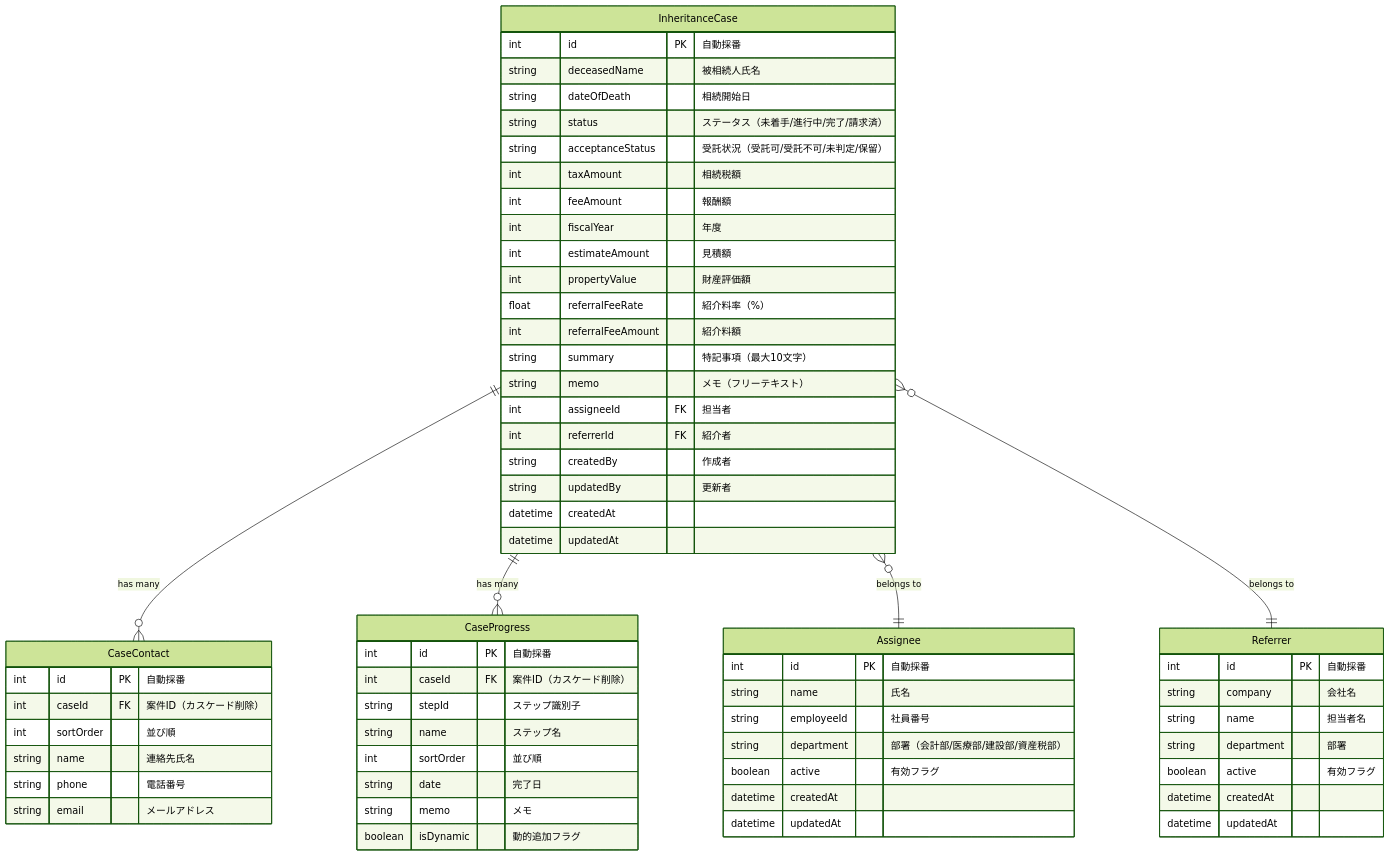
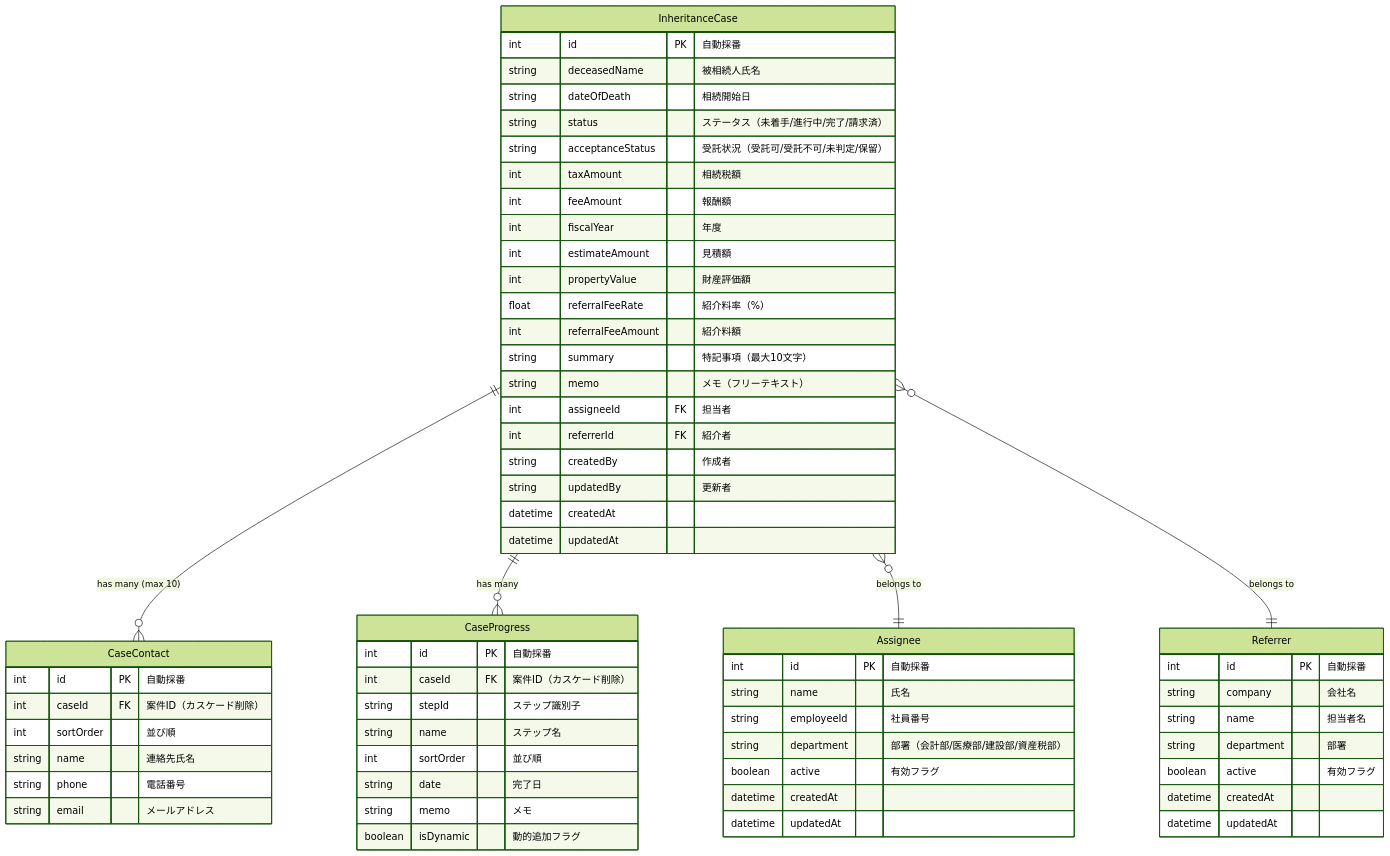
One commit to kojima1978/tax_apps changed the diagram in apps/inheritance-case-management/README.md. Above: the diagram before and after it, drawn with Mermaid (forest theme). The commit also changed other lines of this file and 7 other files, not shown here.

````diff
--- a/apps/inheritance-case-management/README.md
+++ b/apps/inheritance-case-management/README.md
@@ -262,70 +262,70 @@
 ```mermaid
 erDiagram
-    InheritanceCase ||--o{ CaseContact : "has many"
+    InheritanceCase ||--o{ CaseContact : "has many (max 10)"
     InheritanceCase ||--o{ CaseProgress : "has many"
     InheritanceCase }o--|| Assignee : "belongs to"
     InheritanceCase }o--|| Referrer : "belongs to"
 
     InheritanceCase {
         int id PK "自動採番"
         string deceasedName "被相続人氏名"
         string dateOfDeath "相続開始日"
         string status "ステータス（未着手/進行中/完了/請求済）"
         string acceptanceStatus "受託状況（受託可/受託不可/未判定/保留）"
         int taxAmount "相続税額"
         int feeAmount "報酬額"
         int fiscalYear "年度"
         int estimateAmount "見積額"
         int propertyValue "財産評価額"
         float referralFeeRate "紹介料率（%）"
         int referralFeeAmount "紹介料額"
         string summary "特記事項（最大10文字）"
         string memo "メモ（フリーテキスト）"
         int assigneeId FK "担当者"
         int referrerId FK "紹介者"
         string createdBy "作成者"
         string updatedBy "更新者"
         datetime createdAt
         datetime updatedAt
     }
 
     Assignee {
         int id PK "自動採番"
         string name "氏名"
         string employeeId "社員番号"
         string department "部署（会計部/医療部/建設部/資産税部）"
         boolean active "有効フラグ"
         datetime createdAt
         datetime updatedAt
     }
 
     Referrer {
         int id PK "自動採番"
         string company "会社名"
         string name "担当者名"
         string department "部署"
         boolean active "有効フラグ"
         datetime createdAt
         datetime updatedAt
     }
 
     CaseContact {
         int id PK "自動採番"
         int caseId FK "案件ID（カスケード削除）"
         int sortOrder "並び順"
         string name "連絡先氏名"
         string phone "電話番号"
         string email "メールアドレス"
     }
 
     CaseProgress {
         int id PK "自動採番"
         int caseId FK "案件ID（カスケード削除）"
         string stepId "ステップ識別子"
         string name "ステップ名"
         int sortOrder "並び順"
         string date "完了日"
         string memo "メモ"
         boolean isDynamic "動的追加フラグ"
     }
 ```
````
